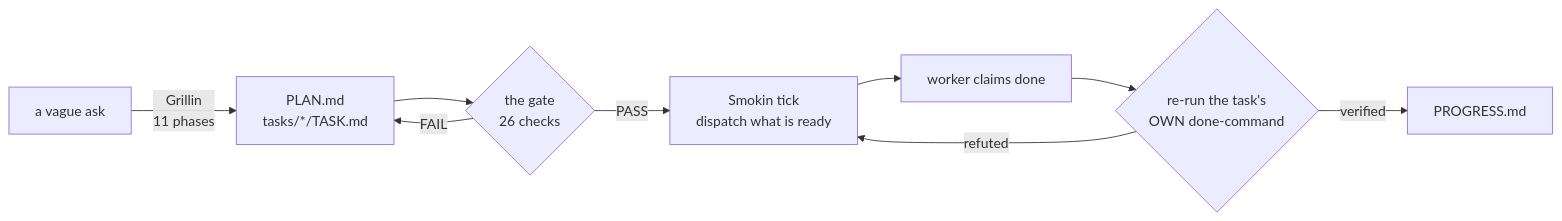
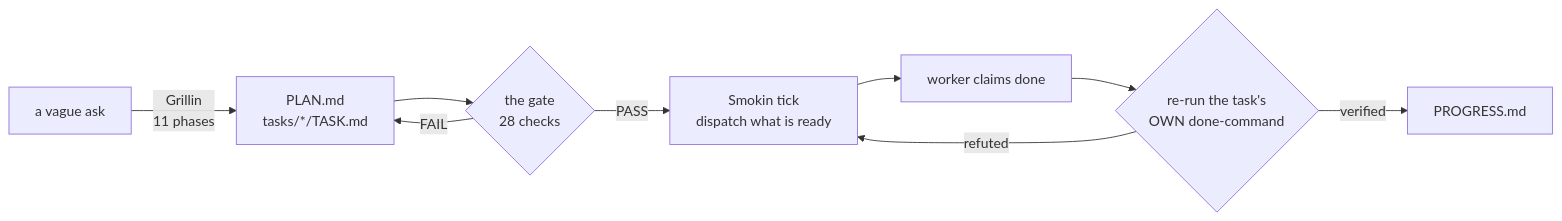
Before and after one commit to Zyn-tari/Grillin: the diagram in README.md, drawn with Mermaid. The commit also changed other lines of this file and 10 other files, not shown here.

````diff
--- a/README.md
+++ b/README.md
@@ -151,11 +151,11 @@
 ```mermaid
 flowchart LR
   A["a vague ask"] -->|Grillin<br/>11 phases| B["PLAN.md<br/>tasks/*/TASK.md"]
-  B --> C{"the gate<br/>26 checks"}
+  B --> C{"the gate<br/>28 checks"}
   C -->|FAIL| B
   C -->|PASS| D["Smokin tick<br/>dispatch what is ready"]
   D --> E["worker claims done"]
   E --> F{"re-run the task's<br/>OWN done-command"}
   F -->|refuted| D
   F -->|verified| G["PROGRESS.md"]
 ```
````
